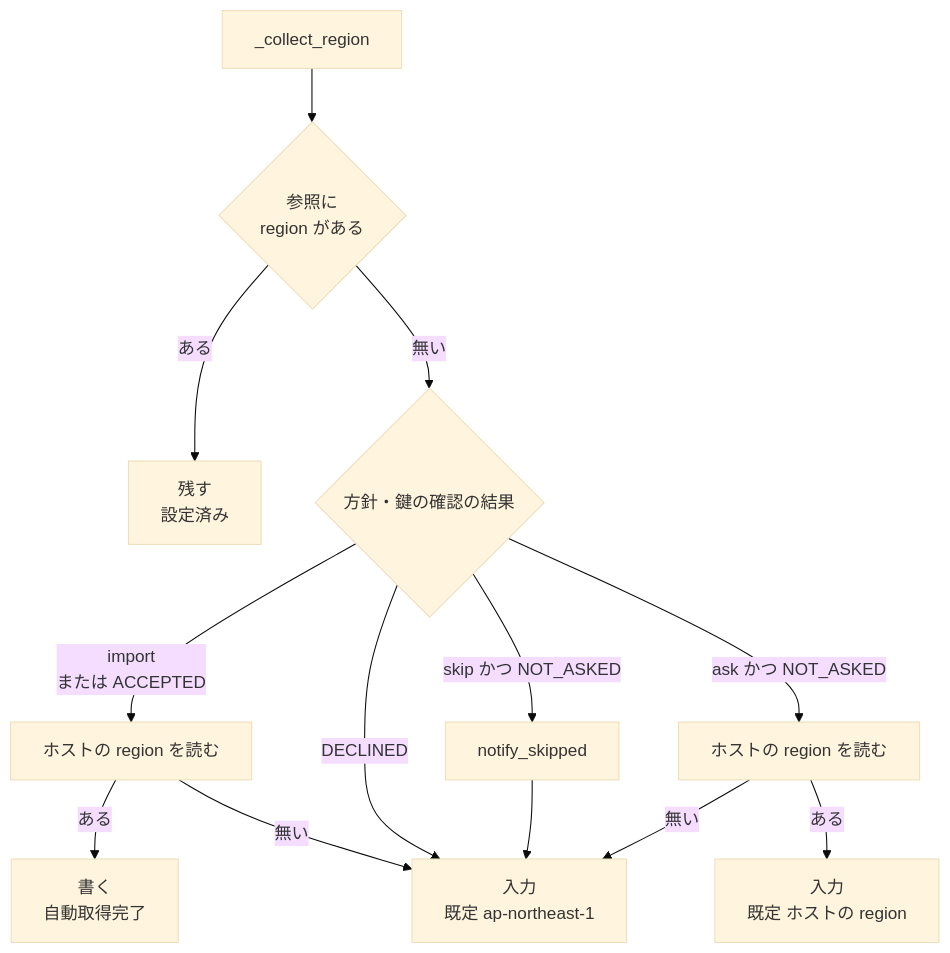
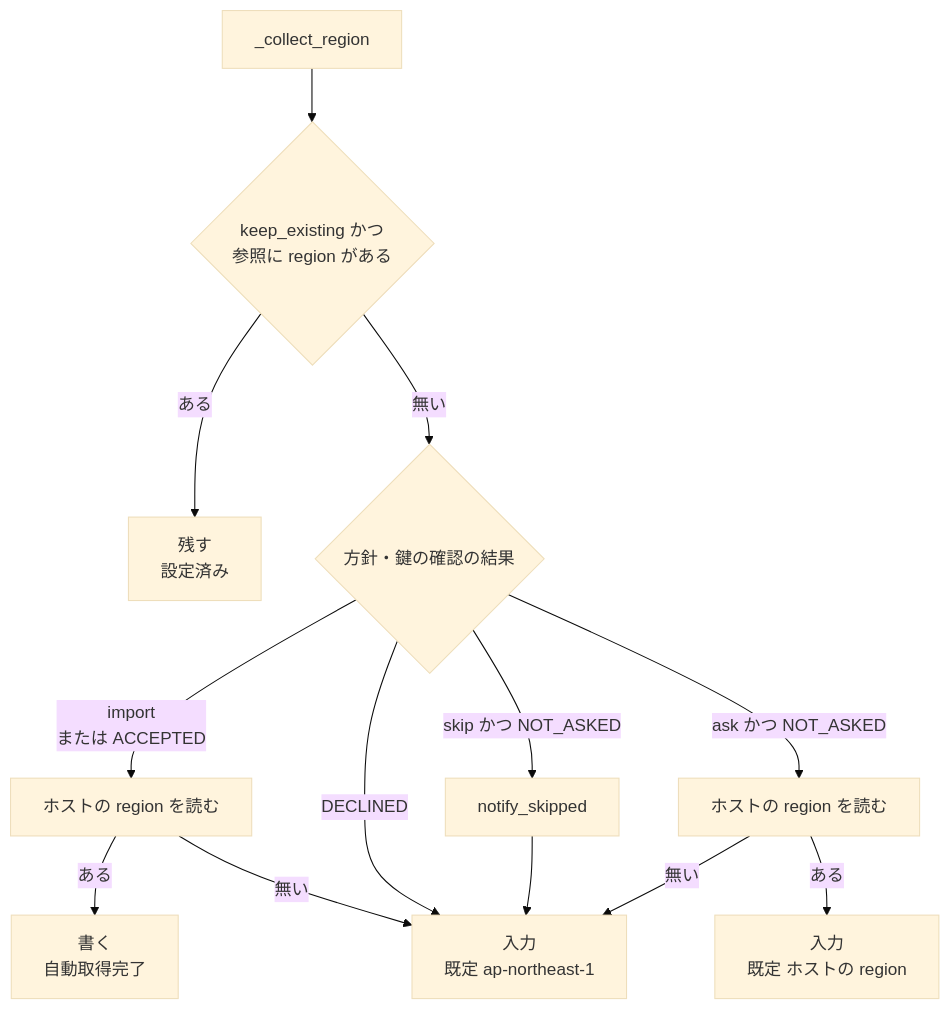
One commit to devbasex/devbase changed the fourth of 6 diagrams in issues/issue-334-design.md. Above: the diagram before and after it, drawn with Mermaid (base theme). The commit also changed other lines of this file and 1 other file, not shown here.

Commit message:
docs(#334): 参照の region を残すのを方法 3 に限り、節の名前を返す find_profile_region を設計に置く

````diff
--- a/issues/issue-334-design.md
+++ b/issues/issue-334-design.md
@@ -301,14 +304,14 @@
 ```mermaid
 graph TD
-    S[_collect_region] --> E{参照に<br/>region がある}
+    S[_collect_region] --> E{keep_existing かつ<br/>参照に region がある}
     E -->|ある| K[残す<br/>設定済み]
     E -->|無い| D{方針・鍵の確認の結果}
     D -->|import<br/>または ACCEPTED| H[ホストの region を読む]
     H -->|ある| W[書く<br/>自動取得完了]
     H -->|無い| I1[入力<br/>既定 ap-northeast-1]
     D -->|DECLINED| I1
     D -->|skip かつ NOT_ASKED| N[notify_skipped] --> I1
     D -->|ask かつ NOT_ASKED| H2[ホストの region を読む]
     H2 -->|ある| I2[入力<br/>既定 ホストの region]
     H2 -->|無い| I1
 ```
````
